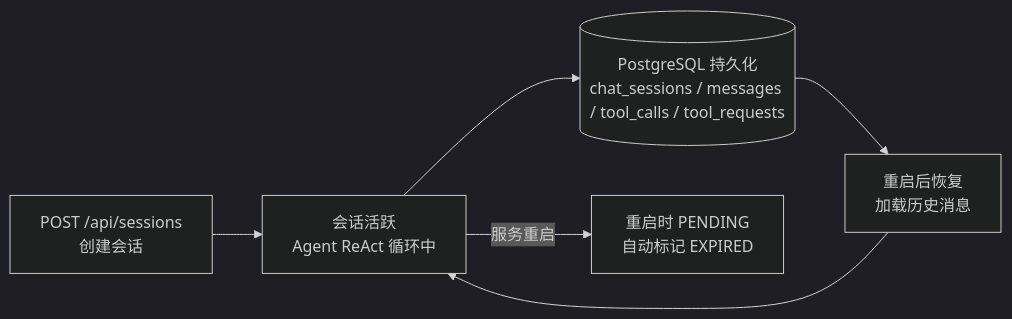
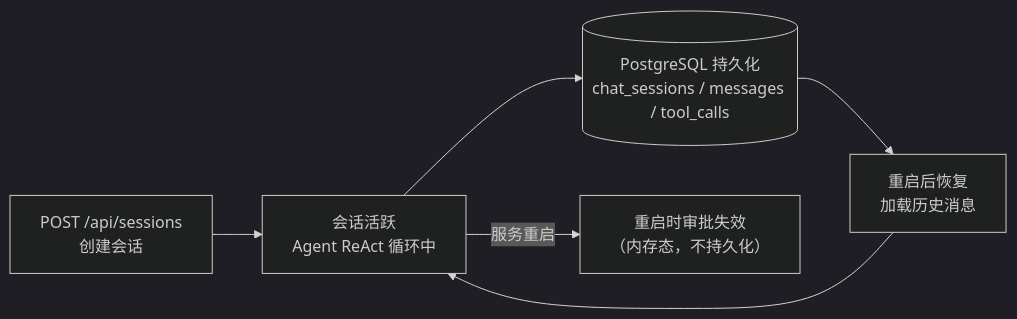
The ninth of 14 diagrams in web-server/graph.md (nazzeDe/alascup-agent), drawn with Mermaid (dark theme) before and after one commit. The commit also changed other lines of this file and 40 other files, not shown here.

````diff
--- a/web-server/graph.md
+++ b/web-server/graph.md
@@ -520,16 +520,16 @@
 ```mermaid
 flowchart LR
     %% 声明
     create_session["POST /api/sessions<br/>创建会话"]
     active["会话活跃<br/>Agent ReAct 循环中"]
-    persist[("PostgreSQL 持久化<br/>chat_sessions / messages / tool_calls / tool_requests")]
+    persist[("PostgreSQL 持久化<br/>chat_sessions / messages / tool_calls")]
     restore["重启后恢复<br/>加载历史消息"]
-    expire_pending["重启时 PENDING<br/>自动标记 EXPIRED"]
+    expire_pending["重启时审批失效<br/>（内存态，不持久化）"]
 
     %% 连线
     create_session --> active
     active --> persist
     persist --> restore
     restore --> active
     active -- "服务重启" --> expire_pending
 ```
````
